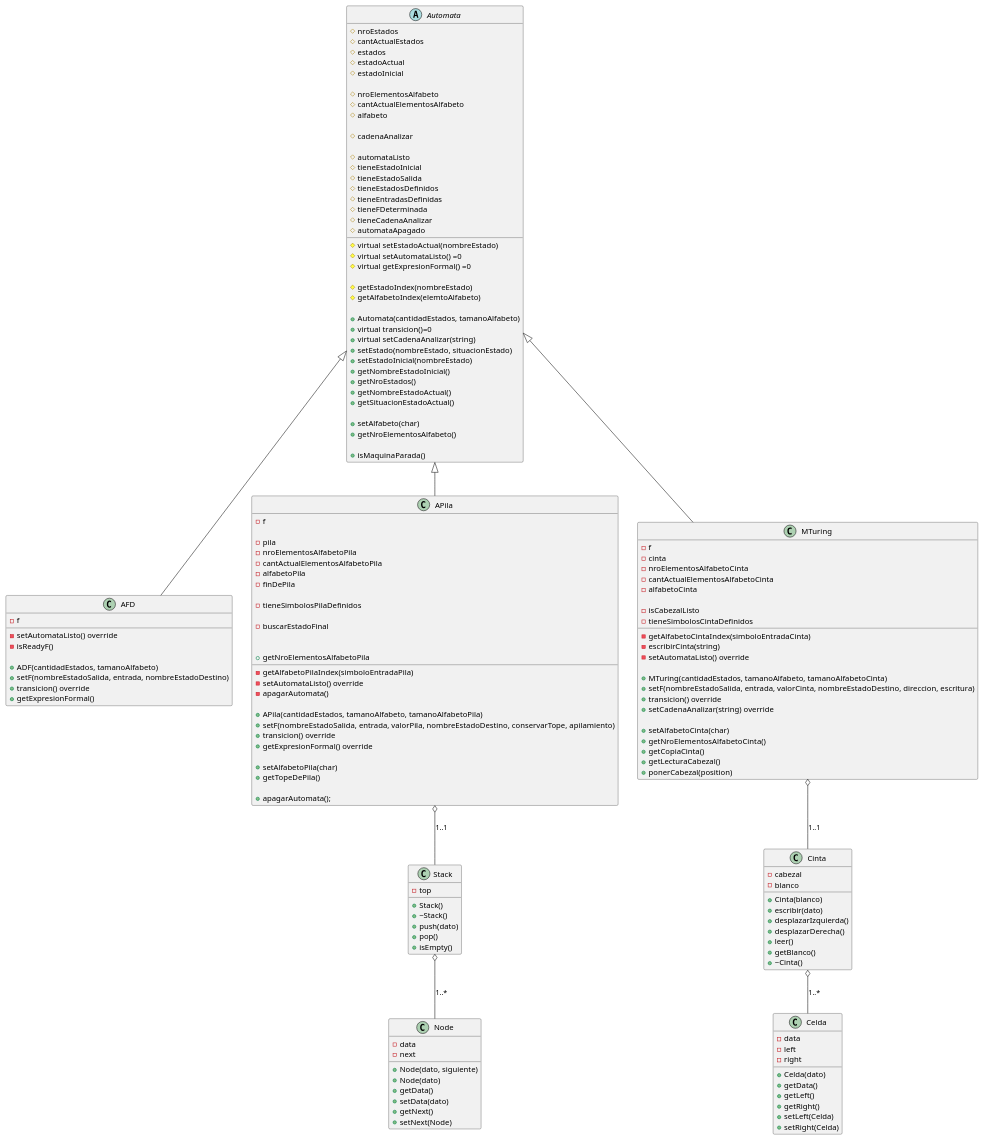
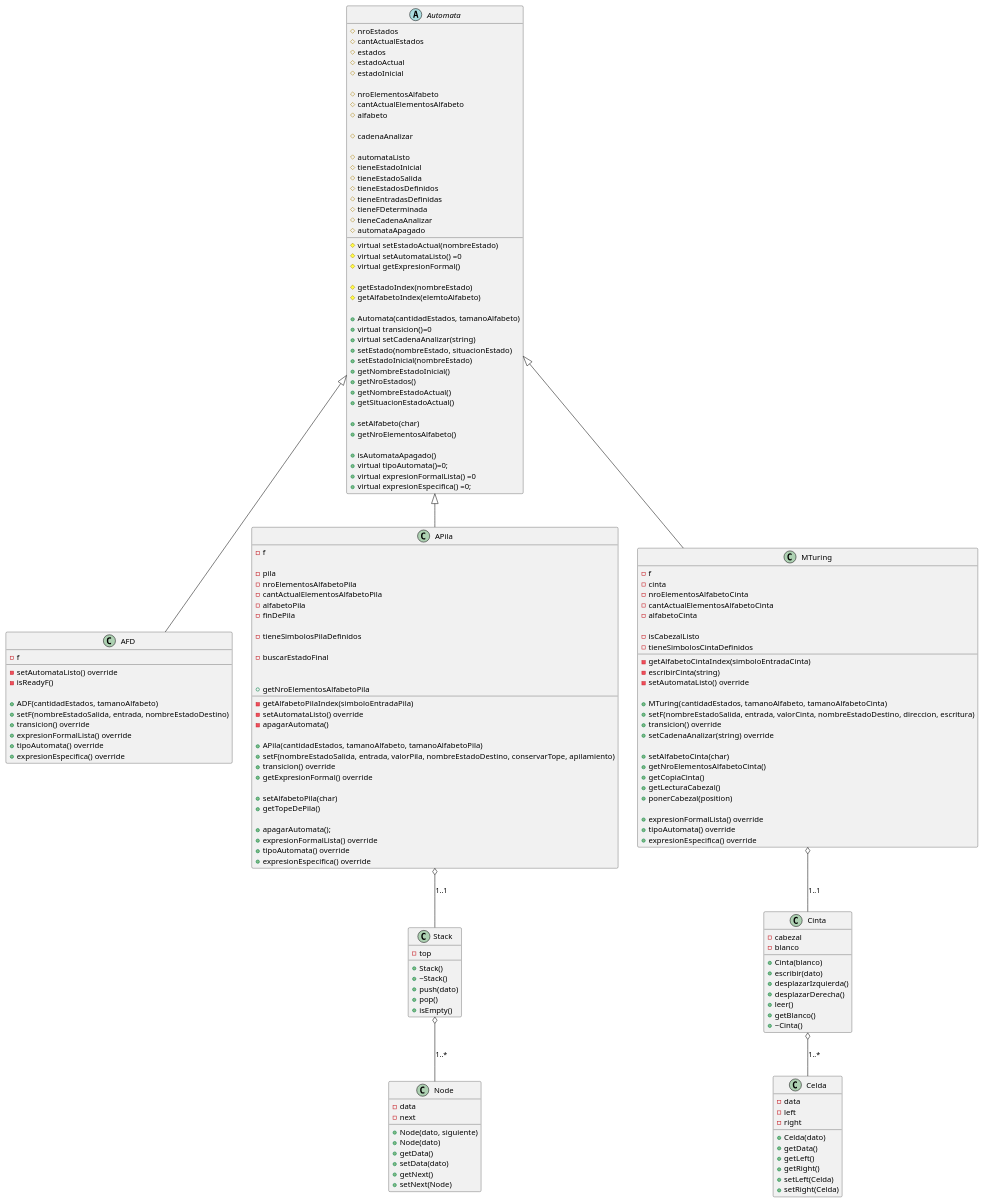
The diagram in Diagrama_UML/scratch.puml (FrancoBobadilla/Maquinas-secuenciales), drawn with PlantUML before and after one commit. The commit also changed 10 other files, not shown here.

Commit message:
Se implementa getExpresionFormal() puede fallar

```diff
--- a/Diagrama_UML/scratch.puml
+++ b/Diagrama_UML/scratch.puml
@@ -1,170 +1,182 @@
 @startuml
 
 Automata <|-- AFD
 Automata <|-- APila
 Automata <|-- MTuring
 
 APila o-- Stack : 1..1
 Stack o-- Node : 1..*
 
 MTuring o-- Cinta : 1..1
 Cinta o-- Celda : 1..*
 
 abstract class Automata {
 #nroEstados
 #cantActualEstados
 #estados
 #estadoActual
 #estadoInicial
 
 #nroElementosAlfabeto
 #cantActualElementosAlfabeto
 #alfabeto
 
 #cadenaAnalizar
 
 #automataListo
 #tieneEstadoInicial
 #tieneEstadoSalida
 #tieneEstadosDefinidos
 #tieneEntradasDefinidas
 #tieneFDeterminada
 #tieneCadenaAnalizar
 #automataApagado
 
 #virtual setEstadoActual(nombreEstado)
 #virtual setAutomataListo() =0
-#virtual getExpresionFormal() =0
+#virtual getExpresionFormal()
 
 #getEstadoIndex(nombreEstado)
 #getAlfabetoIndex(elemtoAlfabeto)
 
 +Automata(cantidadEstados, tamanoAlfabeto)
 +virtual transicion()=0
 +virtual setCadenaAnalizar(string)
 
 
 +setEstado(nombreEstado, situacionEstado)
 +setEstadoInicial(nombreEstado)
 +getNombreEstadoInicial()
 +getNroEstados()
 +getNombreEstadoActual()
 +getSituacionEstadoActual()
 
 +setAlfabeto(char)
 +getNroElementosAlfabeto()
 
-+isMaquinaParada()
++isAutomataApagado()
++virtual tipoAutomata()=0;
++virtual expresionFormalLista() =0
++virtual expresionEspecifica() =0;
 }
 
 class AFD{
 - f
 -setAutomataListo() override
 -isReadyF()
 
 +ADF(cantidadEstados, tamanoAlfabeto)
 +setF(nombreEstadoSalida, entrada, nombreEstadoDestino)
 +transicion() override
-+getExpresionFormal()
++expresionFormalLista() override
++tipoAutomata() override
++expresionEspecifica() override
 }
 
 class APila{
 - f
 
 -pila
 -nroElementosAlfabetoPila
 -cantActualElementosAlfabetoPila
 -alfabetoPila
 -finDePila
 
 -tieneSimbolosPilaDefinidos
 
 -getAlfabetoPilaIndex(simboloEntradaPila)
 -buscarEstadoFinal
 -setAutomataListo() override
 -apagarAutomata()
 
 +APila(cantidadEstados, tamanoAlfabeto, tamanoAlfabetoPila)
 +setF(nombreEstadoSalida, entrada, valorPila, nombreEstadoDestino, conservarTope, apilamiento)
 +transicion() override
 +getExpresionFormal() override
 
 +setAlfabetoPila(char)
 +getNroElementosAlfabetoPila
 +getTopeDePila()
 
 +apagarAutomata();
++expresionFormalLista() override
++tipoAutomata() override
++expresionEspecifica() override
 }
 
 class Stack{
 -top
 +Stack()
 +~Stack()
 +push(dato)
 +pop()
 +isEmpty()
 }
 
 class Node {
 -data
 -next
 +Node(dato, siguiente)
 +Node(dato)
 +getData()
 +setData(dato)
 +getNext()
 +setNext(Node)
 }
 
 class MTuring{
 - f
 -cinta
 -nroElementosAlfabetoCinta
 -cantActualElementosAlfabetoCinta
 -alfabetoCinta
 
 -isCabezalListo
 -tieneSimbolosCintaDefinidos
 
 -getAlfabetoCintaIndex(simboloEntradaCinta)
 -escribirCinta(string)
 -setAutomataListo() override
 
 +MTuring(cantidadEstados, tamanoAlfabeto, tamanoAlfabetoCinta)
 +setF(nombreEstadoSalida, entrada, valorCinta, nombreEstadoDestino, direccion, escritura)
 +transicion() override
 +setCadenaAnalizar(string) override
 
 +setAlfabetoCinta(char)
 +getNroElementosAlfabetoCinta()
 +getCopiaCinta()
 +getLecturaCabezal()
 +ponerCabezal(position)
+
++expresionFormalLista() override
++tipoAutomata() override
++expresionEspecifica() override
 }
 
 
 class Cinta{
 -cabezal
 -blanco
 +Cinta(blanco)
 +escribir(dato)
 +desplazarIzquierda()
 +desplazarDerecha()
 +leer()
 +getBlanco()
 +~Cinta()
 }
 
 class Celda{
 -data
 -left
 -right
 +Celda(dato)
 +getData()
 +getLeft()
 +getRight()
 +setLeft(Celda)
 +setRight(Celda)
 }
 
 @enduml
```
